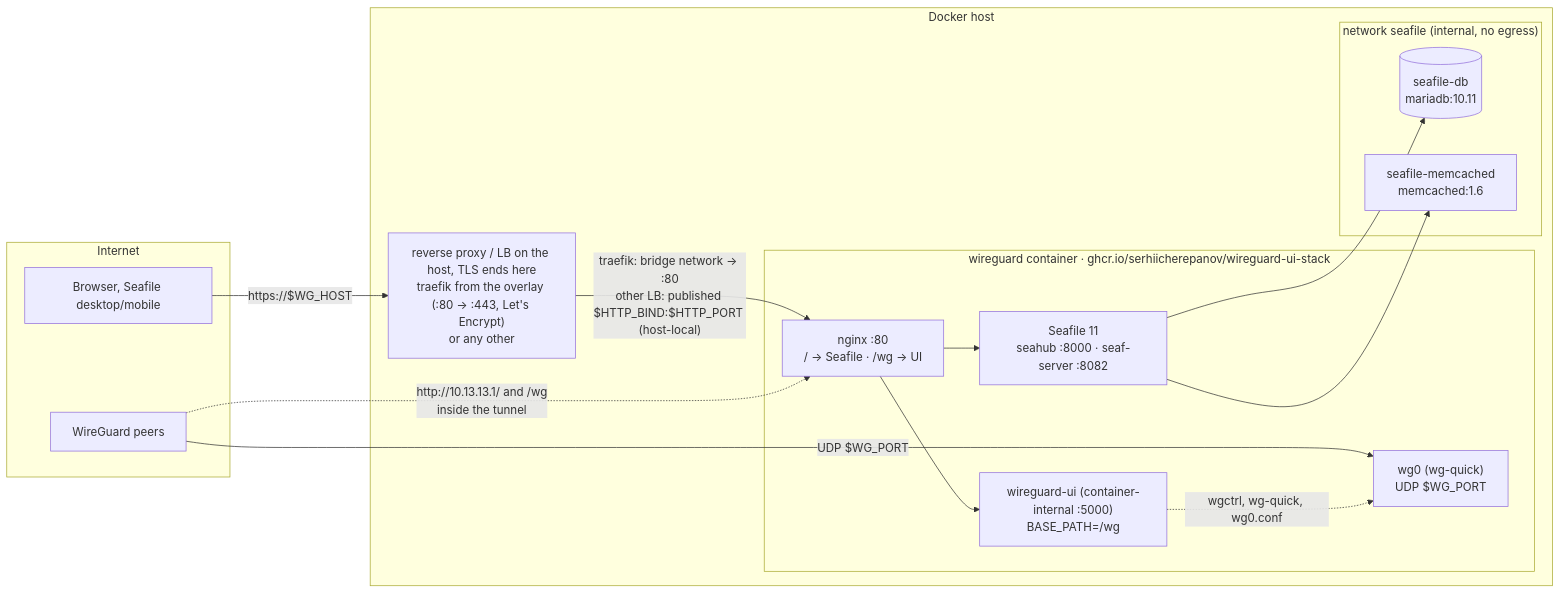
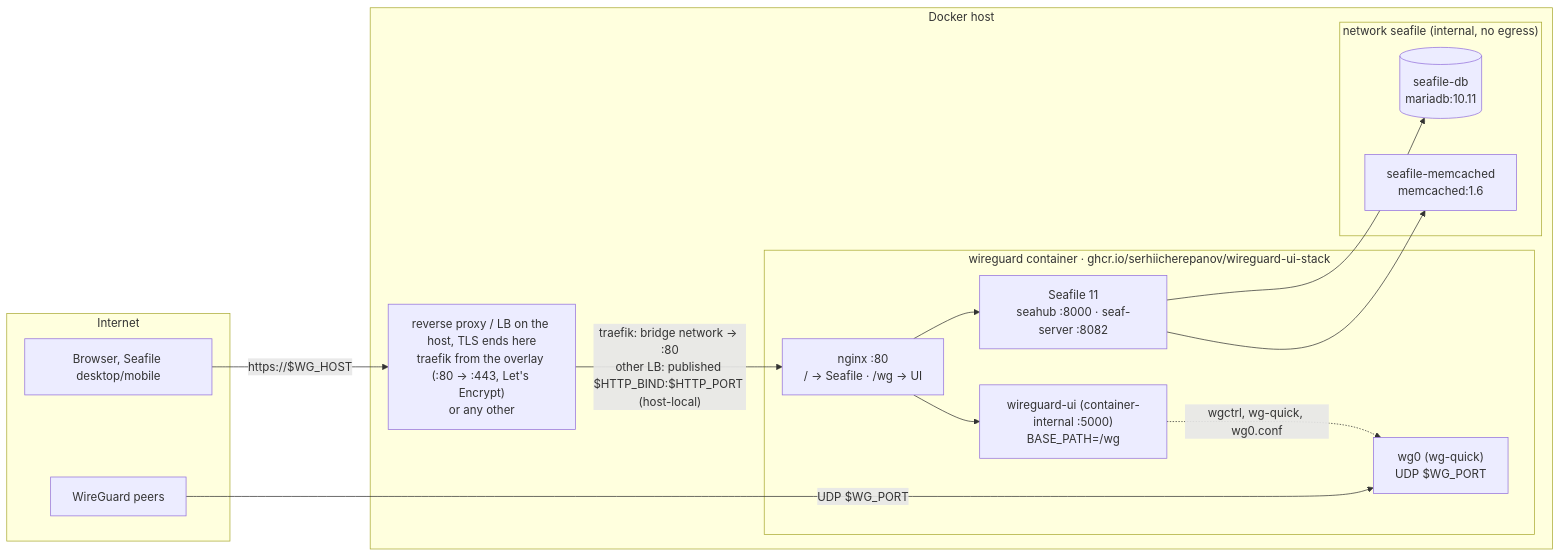
One commit to serhiicherepanov/wireguard-ui-stack changed the diagram in README.md. Above: the diagram before and after it, drawn with Mermaid. The commit also changed other lines of this file and 4 other files, not shown here.

Commit message:
Docs: peers use the public URL; no tunnel-side web entry on the diagram or in the notes

````diff
--- a/README.md
+++ b/README.md
@@ -26,33 +26,32 @@
 ```mermaid
 flowchart LR
     subgraph outside[Internet]
         browser["Browser, Seafile desktop/mobile"]
         peer["WireGuard peers"]
     end
 
     subgraph host[Docker host]
         proxy["reverse proxy / LB on the host, TLS ends here<br/>traefik from the overlay (:80 → :443, Let's Encrypt)<br/>or any other"]
 
         subgraph wgc["wireguard container · ghcr.io/serhiicherepanov/wireguard-ui-stack"]
             nginx["nginx :80<br/>/ → Seafile · /wg → UI"]
             seafile["Seafile 11<br/>seahub :8000 · seaf-server :8082"]
             ui["wireguard-ui (container-internal :5000)<br/>BASE_PATH=/wg"]
             wg0["wg0 (wg-quick)<br/>UDP $WG_PORT"]
         end
 
         subgraph backend["network seafile (internal, no egress)"]
             db[("seafile-db<br/>mariadb:10.11")]
             memcached["seafile-memcached<br/>memcached:1.6"]
         end
     end
 
     browser -- "https://$WG_HOST" --> proxy
     proxy -- "traefik: bridge network → :80<br/>other LB: published $HTTP_BIND:$HTTP_PORT (host-local)" --> nginx
     nginx --> seafile
     nginx --> ui
     peer -- "UDP $WG_PORT" --> wg0
-    peer -. "http://10.13.13.1/ and /wg<br/>inside the tunnel" .-> nginx
     seafile --> db
     seafile --> memcached
     ui -. "wgctrl, wg-quick, wg0.conf" .-> wg0
 ```
````
